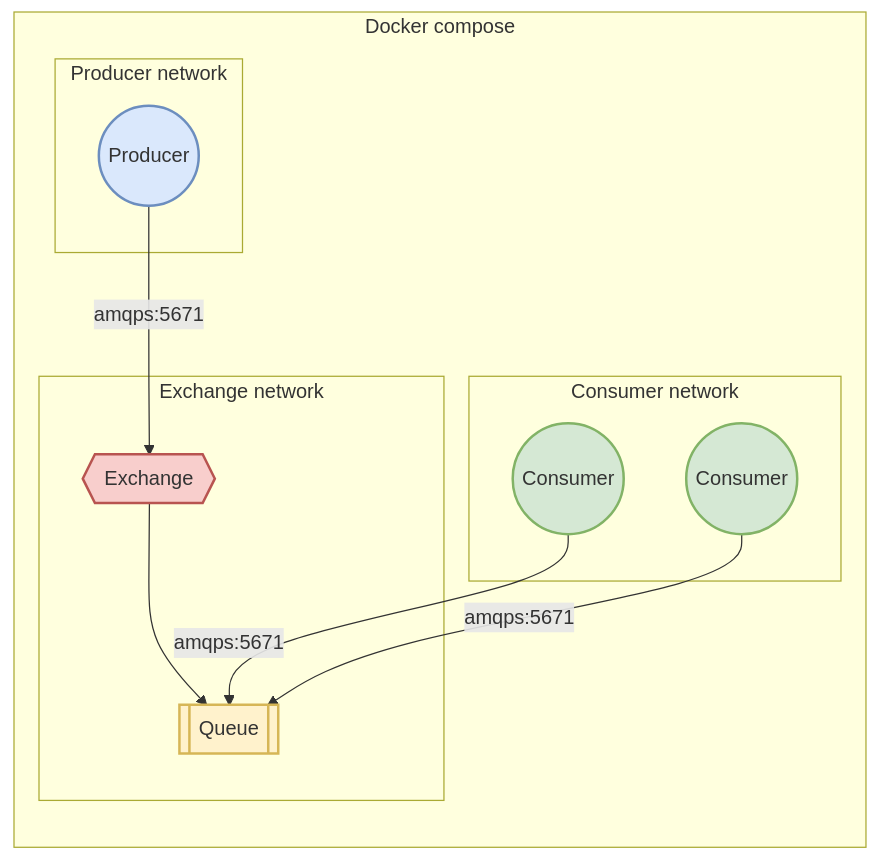
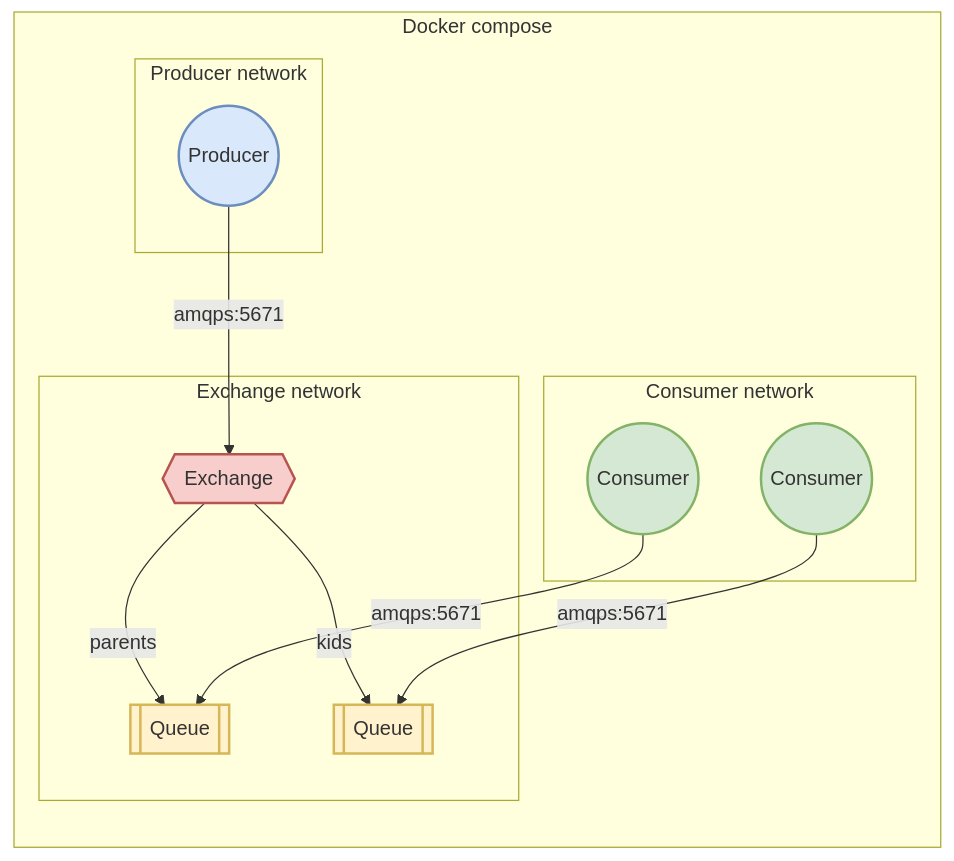
The diagram in README.md (matthew-shaw/rabbit-stew), drawn with Mermaid before and after one commit. The commit also changed 6 other files, not shown here.

````diff
--- a/README.md
+++ b/README.md
@@ -11,27 +11,30 @@
 ```mermaid
 flowchart LR
     subgraph Docker compose
         subgraph Producer network
             P((Producer)):::P
         end
 
         subgraph Exchange network
             X{{Exchange}}:::E
-            Q[[Queue]]:::Q
+            Q1[[Queue]]:::Q
+            Q2[[Queue]]:::Q
         end
         
         subgraph Consumer network
             C1((Consumer)):::C
             C2((Consumer)):::C
         end
     end
 
     P -- amqps:5671 --> X
-    X --> Q
-    C1 & C2 -- amqps:5671 --> Q
+    X -- parents --> Q1
+    X -- kids --> Q2
+    C1 -- amqps:5671 --> Q1
+    C2 -- amqps:5671 --> Q2
 
     classDef P fill:#DAE8FC,stroke:#6C8EBF,stroke-width:2px
     classDef E fill:#F8CECC,stroke:#B85450,stroke-width:2px
     classDef Q fill:#FFF2CC,stroke:#D6B656,stroke-width:2px
     classDef C fill:#D5E8D4,stroke:#82B366,stroke-width:2px
 ```
````
